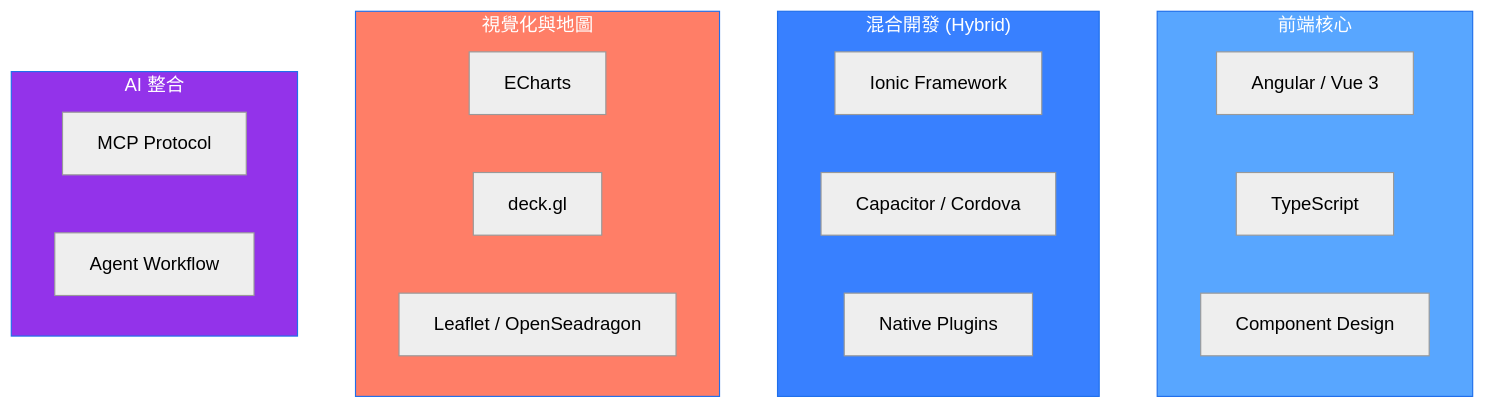
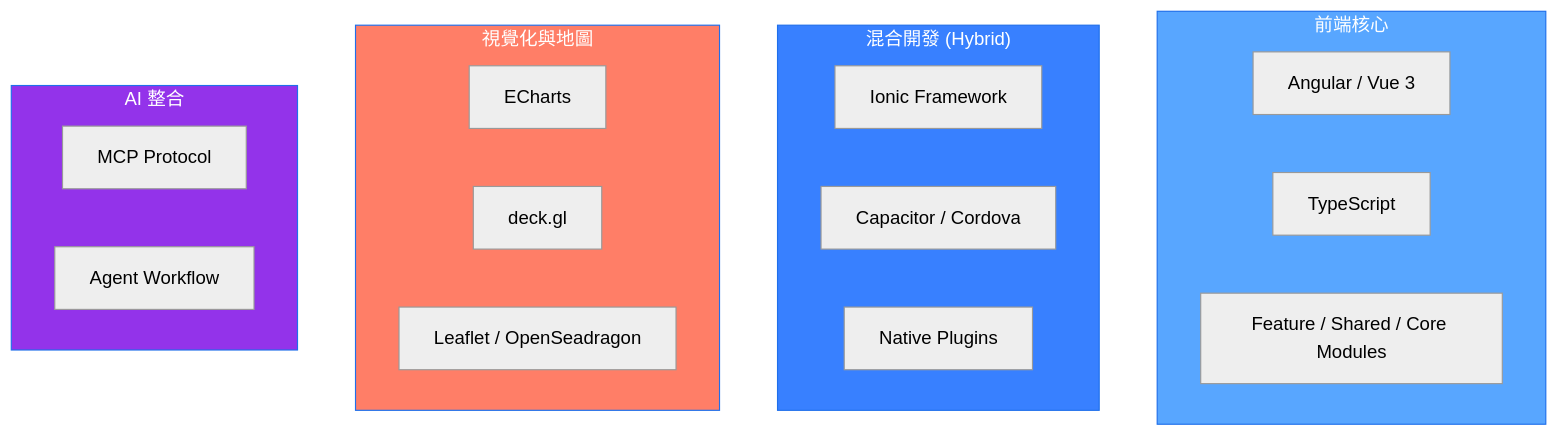
Before and after one commit to Yang-tzu-yi/Yang-tzu-yi: the diagram in README.md, drawn with Mermaid (neutral theme). The commit also changed other lines of this file, not shown here.

````diff
--- a/README.md
+++ b/README.md
@@ -56,32 +58,32 @@
 ```mermaid
 graph TB
     subgraph Frontend["前端核心"]
         A1[Angular / Vue 3]
         A2[TypeScript]
-        A3[Component Design]
+        A3[Feature / Shared / Core Modules]
     end
 
     subgraph Mobile["混合開發 (Hybrid)"]
         M1[Ionic Framework]
         M2[Capacitor / Cordova]
         M3[Native Plugins]
     end
     
     subgraph Visualization["視覺化與地圖"]
         B1[ECharts]
         B2[deck.gl]
         B3[Leaflet / OpenSeadragon]
     end
     
     subgraph AI["AI 整合"]
         C1[MCP Protocol]
         C2[Agent Workflow]
     end
     
 
     
     style Frontend fill:#58A6FF,stroke:#1F6FEB,color:#fff
     style Mobile fill:#3880FF,stroke:#1F6FEB,color:#fff
     style Visualization fill:#FF7E67,stroke:#1F6FEB,color:#fff
     style AI fill:#9333EA,stroke:#1F6FEB,color:#fff
 ```
````
